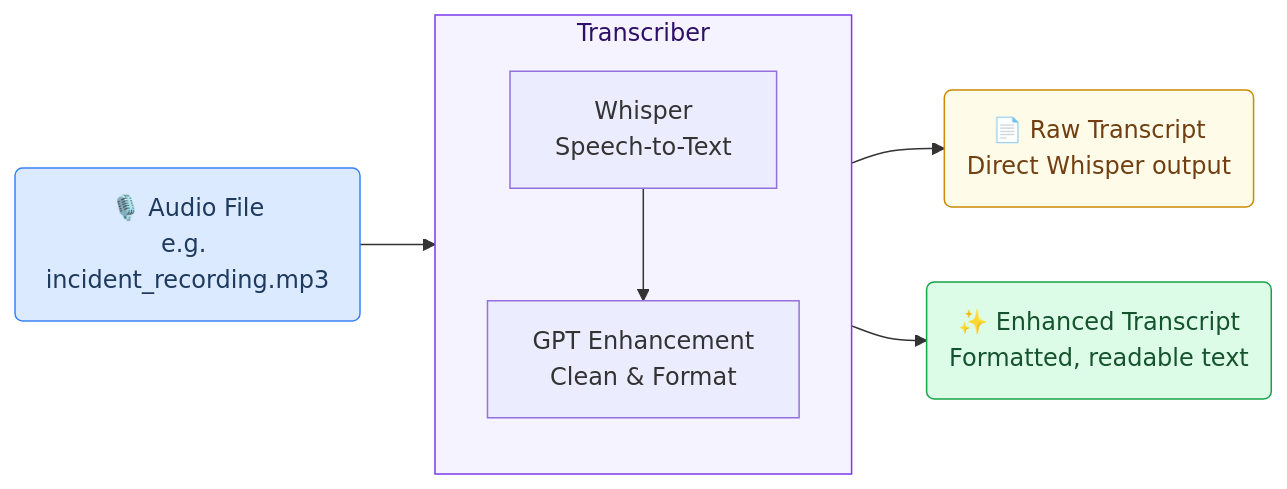
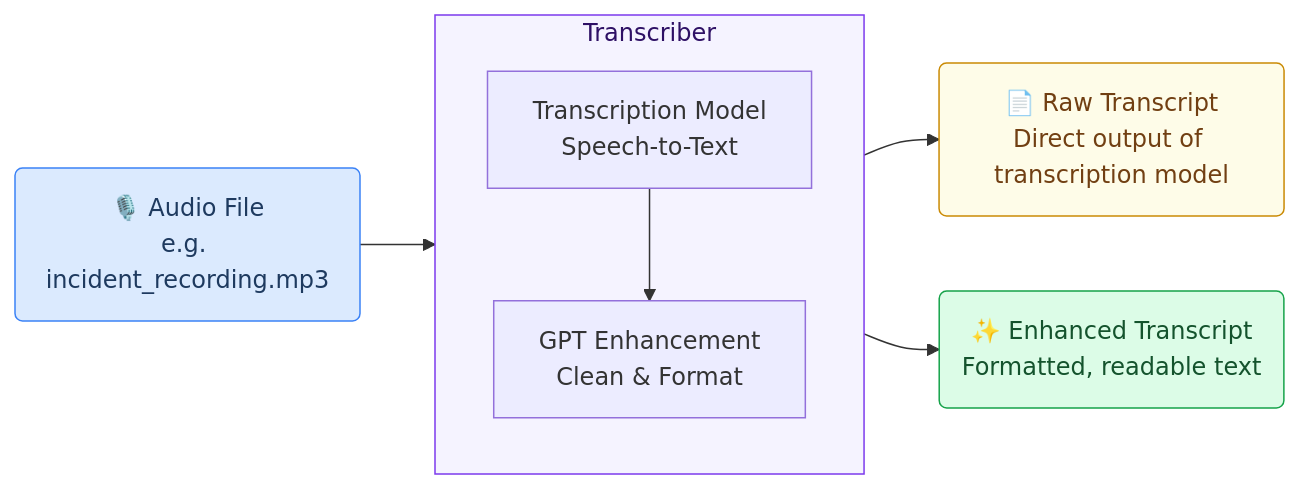
The second of 4 diagrams in use_cases/Incident_reporting.md (GAIK-project/gaik-toolkit), drawn with Mermaid before and after one commit. The commit also changed other lines of this file, not shown here.

````diff
--- a/use_cases/Incident_reporting.md
+++ b/use_cases/Incident_reporting.md
@@ -55,19 +35,19 @@
 ```mermaid
 flowchart LR
     A("🎙️ Audio File<br/>e.g. incident_recording.mp3") --> B
 
     subgraph B["Transcriber"]
         direction TB
-        W["Whisper<br/>Speech-to-Text"]
+        W["Transcription Model<br/>Speech-to-Text"]
         G["GPT Enhancement<br/>Clean & Format"]
         W --> G
     end
 
-    B --> C("📄 Raw Transcript<br/>Direct Whisper output")
+    B --> C("📄 Raw Transcript<br/>Direct output of transcription model")
     B --> D("✨ Enhanced Transcript<br/>Formatted, readable text")
 
     style A fill:#dbeafe,stroke:#3b82f6,color:#1e3a5f
     style C fill:#fefce8,stroke:#ca8a04,color:#713f12
     style D fill:#dcfce7,stroke:#16a34a,color:#14532d
     style B fill:#f5f3ff,stroke:#7c3aed,color:#2e1065
 ```
````
